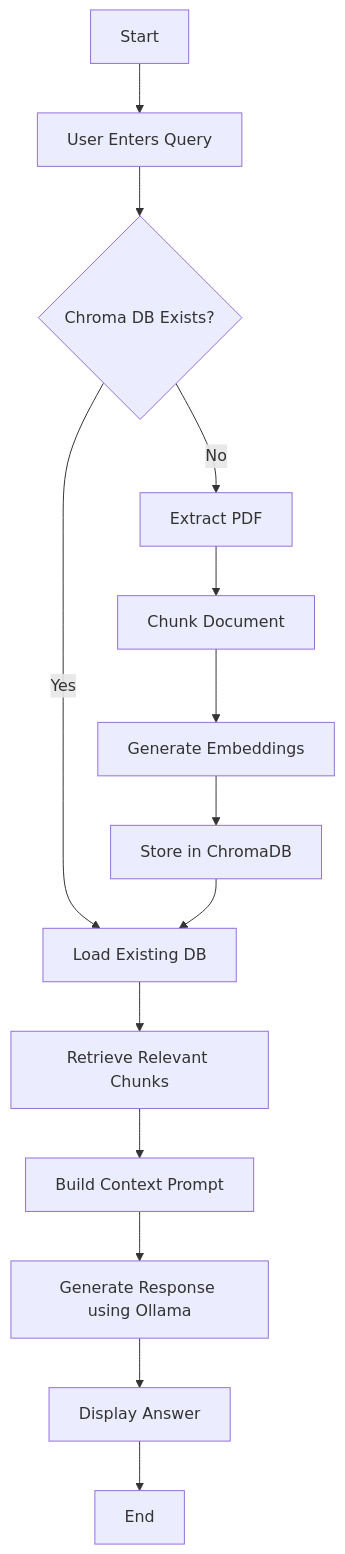
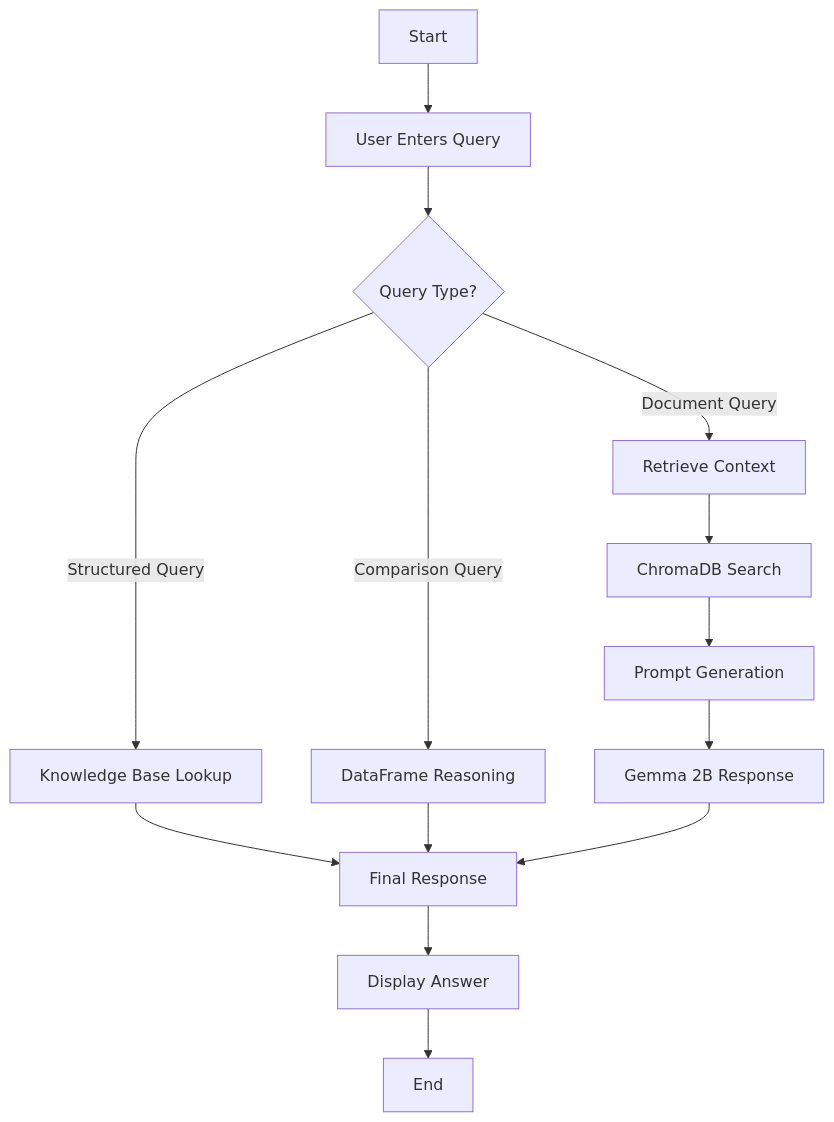
Before and after one commit to Renuka-Kamani/placement_intelligence_rag: the fourth of 4 diagrams in README.md, drawn with Mermaid. The commit also changed other lines of this file, not shown here.

````diff
--- a/README.md
+++ b/README.md
@@ -210,31 +322,31 @@
-```mermaid
+```mermaid id="y6vg6j"
 flowchart TD
 
 A[Start]
 
 A --> B[User Enters Query]
 
-B --> C{Chroma DB Exists?}
+B --> C{Query Type?}
 
-C -->|Yes| D[Load Existing DB]
+C -->|Structured Query| D[Knowledge Base Lookup]
 
-C -->|No| E[Extract PDF]
+C -->|Comparison Query| E[DataFrame Reasoning]
 
-E --> F[Chunk Document]
+C -->|Document Query| F[Retrieve Context]
 
-F --> G[Generate Embeddings]
+F --> G[ChromaDB Search]
 
-G --> H[Store in ChromaDB]
+G --> H[Prompt Generation]
 
-H --> D
+H --> I[Gemma 2B Response]
 
-D --> I[Retrieve Relevant Chunks]
+D --> J[Final Response]
 
-I --> J[Build Context Prompt]
+E --> J
 
-J --> K[Generate Response using Ollama]
+I --> J
 
-K --> L[Display Answer]
+J --> K[Display Answer]
 
-L --> M[End]
+K --> L[End]
 ```
````
